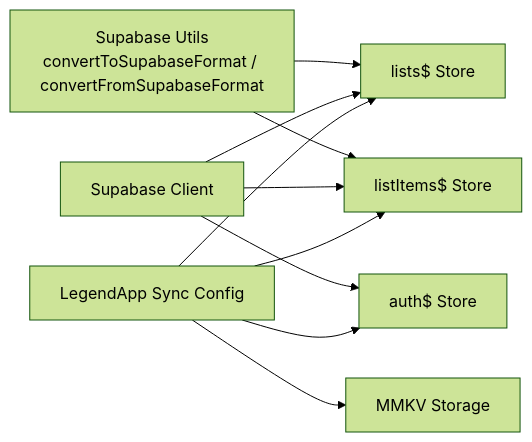
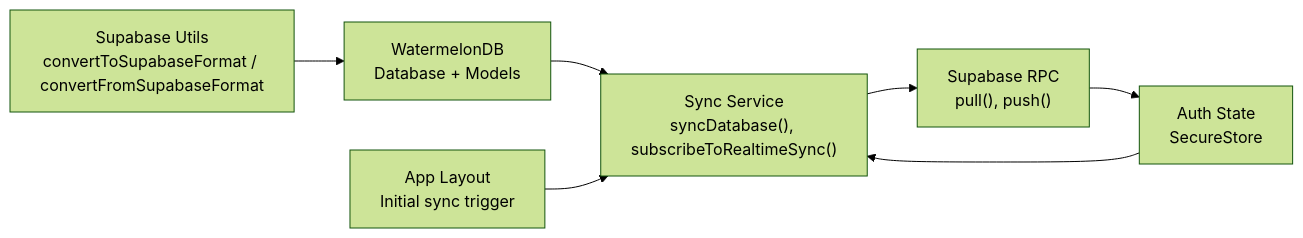
One commit to karllasouzza/PowerLists changed the sixth of 6 diagrams in .qoder/repowiki/en/content/Services and Utilities/Data Synchronization.md. Above: the diagram before and after it, drawn with Mermaid (forest theme). The commit also changed other lines of this file and 5 other files, not shown here.

First line of the commit message:
docs(database): add comprehensive WatermelonDB integration and migrate state management

````diff
--- a/.qoder/repowiki/en/content/Services and Utilities/Data Synchronization.md
+++ b/.qoder/repowiki/en/content/Services and Utilities/Data Synchronization.md
@@ -309,19 +277,15 @@
 ```mermaid
 graph LR
 Utils["Supabase Utils<br/>convertToSupabaseFormat / convertFromSupabaseFormat"]
-SB["Supabase Client"]
-DB["LegendApp Sync Config"]
-ListsObs["lists$ Store"]
-ItemsObs["listItems$ Store"]
-AuthObs["auth$ Store"]
-Storage["MMKV Storage"]
-Utils --> ListsObs
-Utils --> ItemsObs
-SB --> ListsObs
-SB --> ItemsObs
-SB --> AuthObs
-DB --> ListsObs
-DB --> ItemsObs
-DB --> AuthObs
-DB --> Storage
+DB["WatermelonDB<br/>Database + Models"]
+Sync["Sync Service<br/>syncDatabase(), subscribeToRealtimeSync()"]
+RPC["Supabase RPC<br/>pull(), push()"]
+Auth["Auth State<br/>SecureStore"]
+Layout["App Layout<br/>Initial sync trigger"]
+Utils --> DB
+DB --> Sync
+Sync --> RPC
+RPC --> Auth
+Auth --> Sync
+Layout --> Sync
 ```
````
